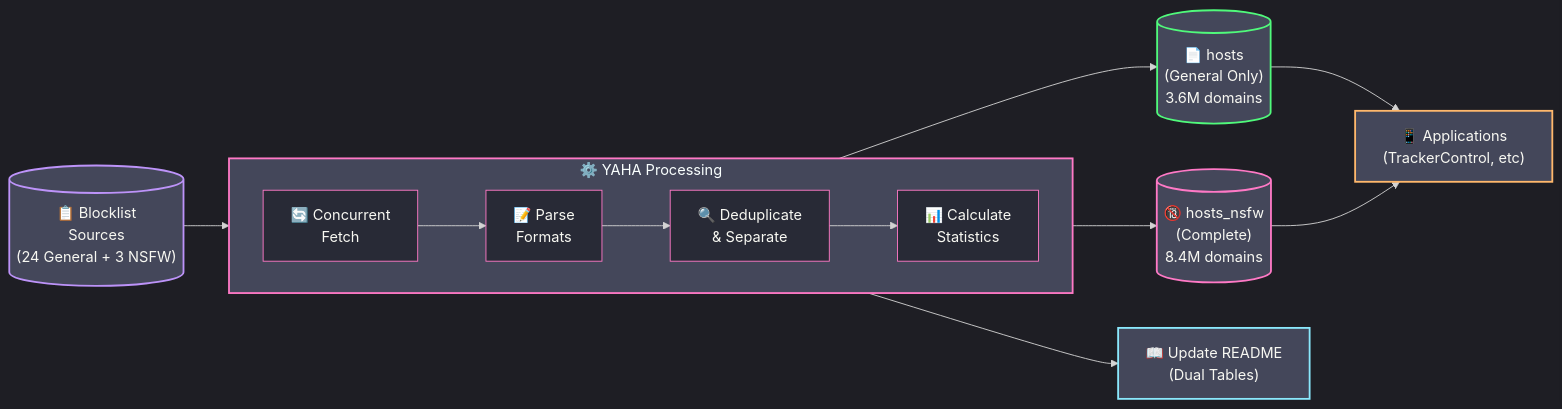
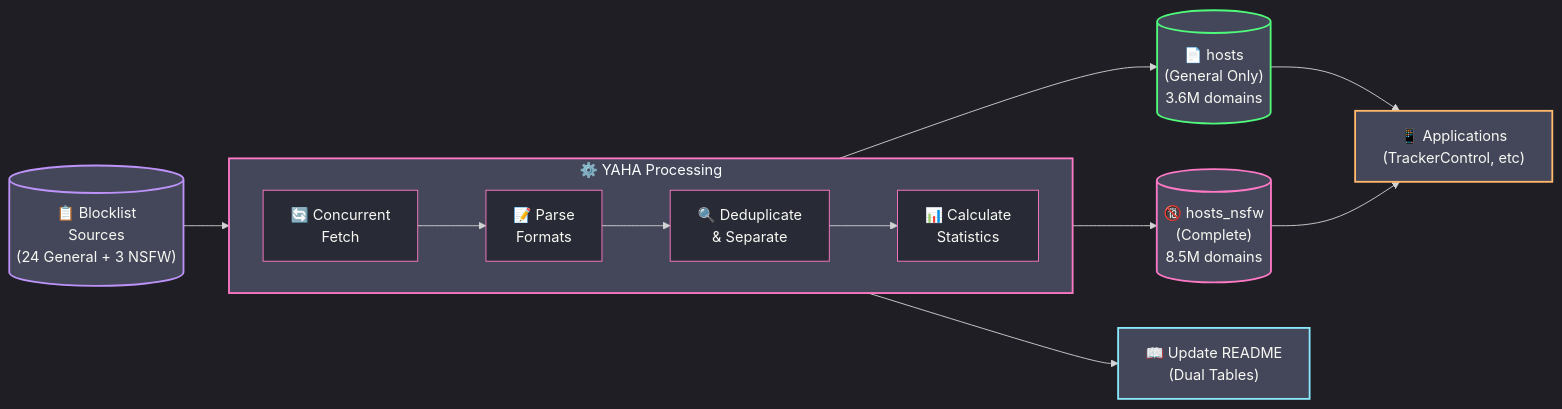
One commit to scottdraper8/yaha changed the diagram in README.md. Above: the diagram before and after it, drawn with Mermaid. The commit also changed other lines of this file, not shown here.

Commit message:
Update blocklist stats: 3621395 general / 8462283 with NSFW [automated]

````diff
--- a/README.md
+++ b/README.md
@@ -42,35 +42,35 @@
 ```mermaid
 %%{init: {'theme': 'dark', 'themeVariables': {
     'primaryColor': '#ff79c6',
     'secondaryColor': '#bd93f9',
     'tertiaryColor': '#44475a',
     'mainBkg': '#282a36',
     'nodeBorder': '#ff79c6',
     'clusterBkg': '#44475a',
     'clusterBorder': '#bd93f9',
     'textColor': '#f8f8f2'
 }}}%%
 flowchart LR
     Sources[("📋 Blocklist<br/>Sources<br/>(24 General + 3 NSFW)")] --> Fetch
 
     subgraph Process["⚙️ YAHA Processing"]
         direction LR
         Fetch["🔄 Concurrent<br/>Fetch"] --> Parse["📝 Parse<br/>Formats"]
         Parse --> Dedupe["🔍 Deduplicate<br/>& Separate"]
         Dedupe --> Stats["📊 Calculate<br/>Statistics"]
     end
 
     Stats --> Output1[("📄 hosts<br/>(General Only)<br/>3.6M domains")]
-    Stats --> Output2[("🔞 hosts_nsfw<br/>(Complete)<br/>8.4M domains")]
+    Stats --> Output2[("🔞 hosts_nsfw<br/>(Complete)<br/>8.5M domains")]
     Stats --> README["📖 Update README<br/>(Dual Tables)"]
 
     Output1 --> Apps["📱 Applications<br/>(TrackerControl, etc)"]
     Output2 --> Apps
 
     style Sources fill:#44475a,stroke:#bd93f9,stroke-width:2px
     style Process fill:#44475a,stroke:#ff79c6,stroke-width:2px
     style Output1 fill:#44475a,stroke:#50fa7b,stroke-width:2px
     style Output2 fill:#44475a,stroke:#ff79c6,stroke-width:2px
     style README fill:#44475a,stroke:#8be9fd,stroke-width:2px
     style Apps fill:#44475a,stroke:#ffb86c,stroke-width:2px
 ```
````
